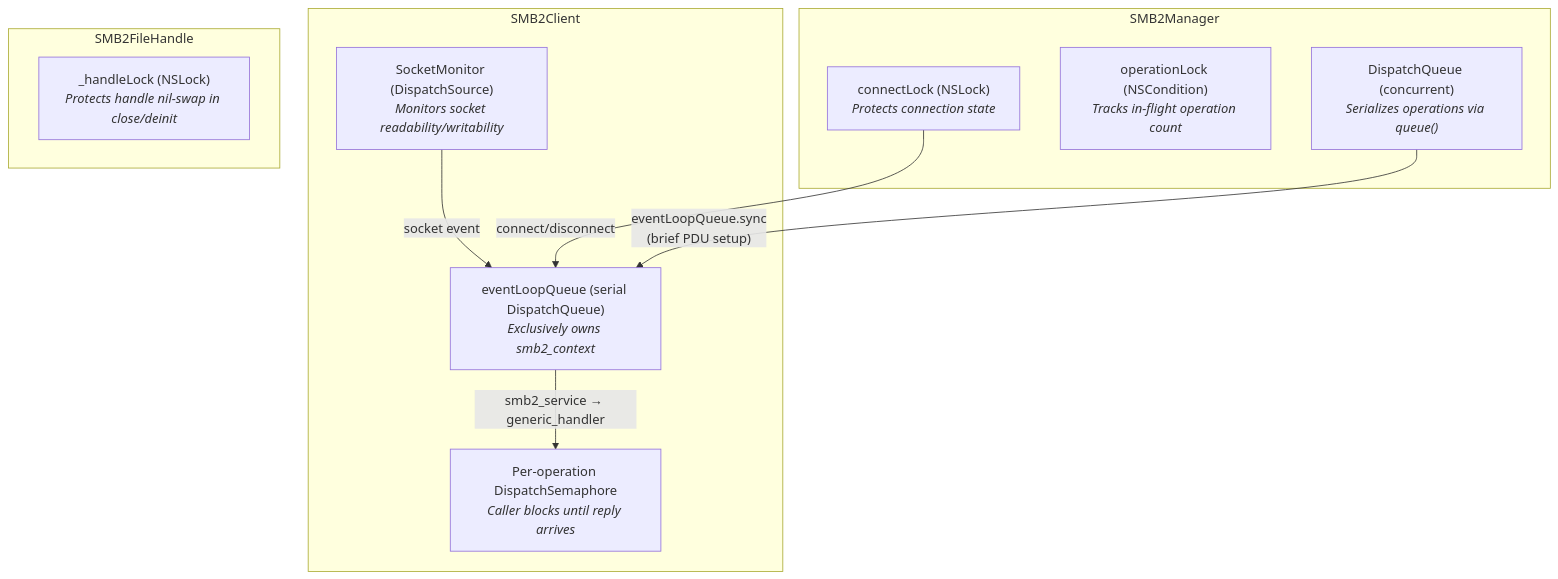
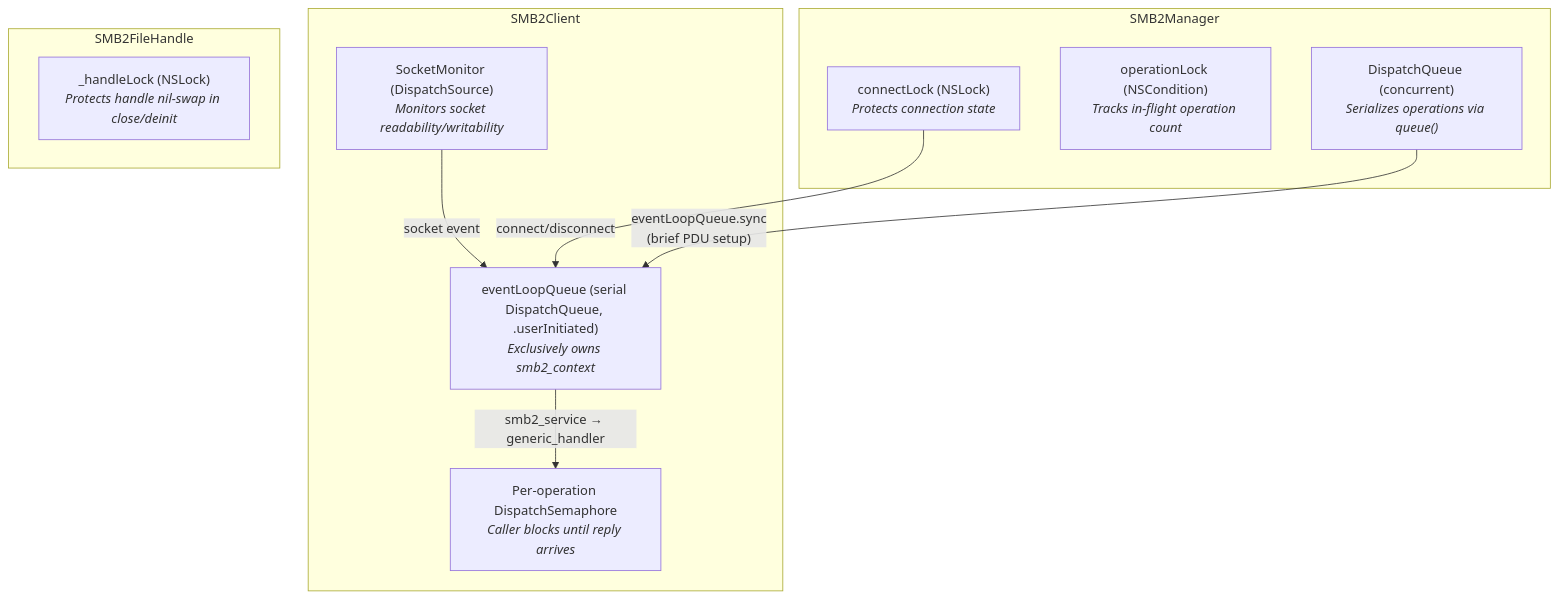
The fourth of 6 diagrams in docs/ARCHITECTURE.md (simplekube-ro/AMSMB2), drawn with Mermaid before and after one commit. The commit also changed other lines of this file, not shown here.

Commit message:
docs: note eventLoopQueue .userInitiated QoS in architecture guide

````diff
--- a/docs/ARCHITECTURE.md
+++ b/docs/ARCHITECTURE.md
@@ -107,23 +107,23 @@
 ```mermaid
 graph TB
     subgraph SMB2Manager
         CL["connectLock (NSLock)<br/><i>Protects connection state</i>"]
         OL["operationLock (NSCondition)<br/><i>Tracks in-flight operation count</i>"]
         DQ["DispatchQueue (concurrent)<br/><i>Serializes operations via queue()</i>"]
     end
 
     subgraph SMB2Client
-        ELQ["eventLoopQueue (serial DispatchQueue)<br/><i>Exclusively owns smb2_context</i>"]
+        ELQ["eventLoopQueue (serial DispatchQueue, .userInitiated)<br/><i>Exclusively owns smb2_context</i>"]
         SM["SocketMonitor (DispatchSource)<br/><i>Monitors socket readability/writability</i>"]
         SEM["Per-operation DispatchSemaphore<br/><i>Caller blocks until reply arrives</i>"]
     end
 
     subgraph SMB2FileHandle
         HL["_handleLock (NSLock)<br/><i>Protects handle nil-swap in close/deinit</i>"]
     end
 
     DQ -->|"eventLoopQueue.sync<br/>(brief PDU setup)"| ELQ
     SM -->|"socket event"| ELQ
     ELQ -->|"smb2_service → generic_handler"| SEM
     CL -->|"connect/disconnect"| ELQ
 ```
````
